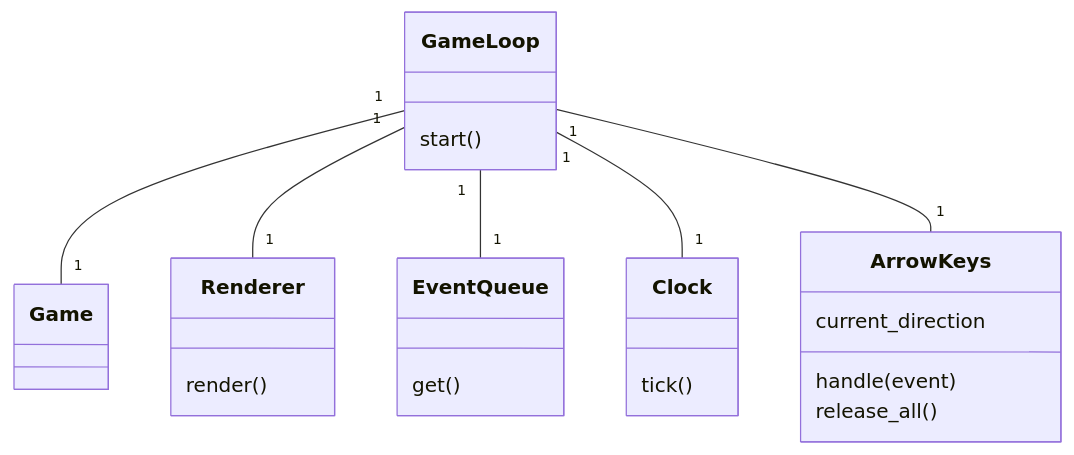
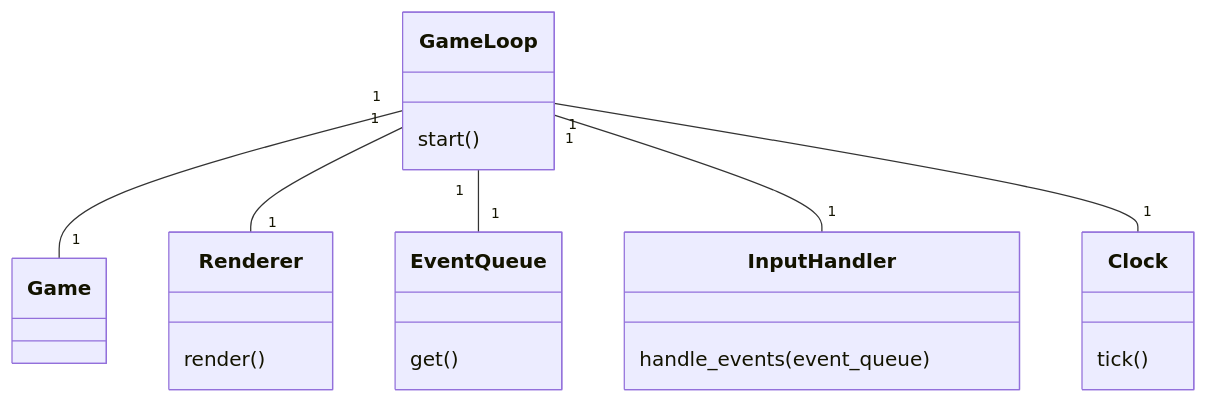
The first of 5 diagrams in documentation/architecture.md (VSirvio/RaiseYourSword), drawn with Mermaid before and after one commit. The commit also changed other lines of this file and 4 other files, not shown here.

Commit message:
Move event handling from GameLoop to InputHandler

````diff
--- a/documentation/architecture.md
+++ b/documentation/architecture.md
@@ -7,25 +7,23 @@
 ```mermaid
 classDiagram
     GameLoop "1" -- "1" Game
     GameLoop "1" -- "1" Renderer
     GameLoop "1" -- "1" EventQueue
+    GameLoop "1" -- "1" InputHandler
     GameLoop "1" -- "1" Clock
-    GameLoop "1" -- "1" ArrowKeys
     class GameLoop{
         start()
     }
     class Renderer{
         render()
     }
     class EventQueue{
         get()
     }
+    class InputHandler{
+        handle_events(event_queue)
+    }
     class Clock{
         tick()
     }
-    class ArrowKeys{
-        current_direction
-        handle(event)
-        release_all()
-    }
 ```
````
